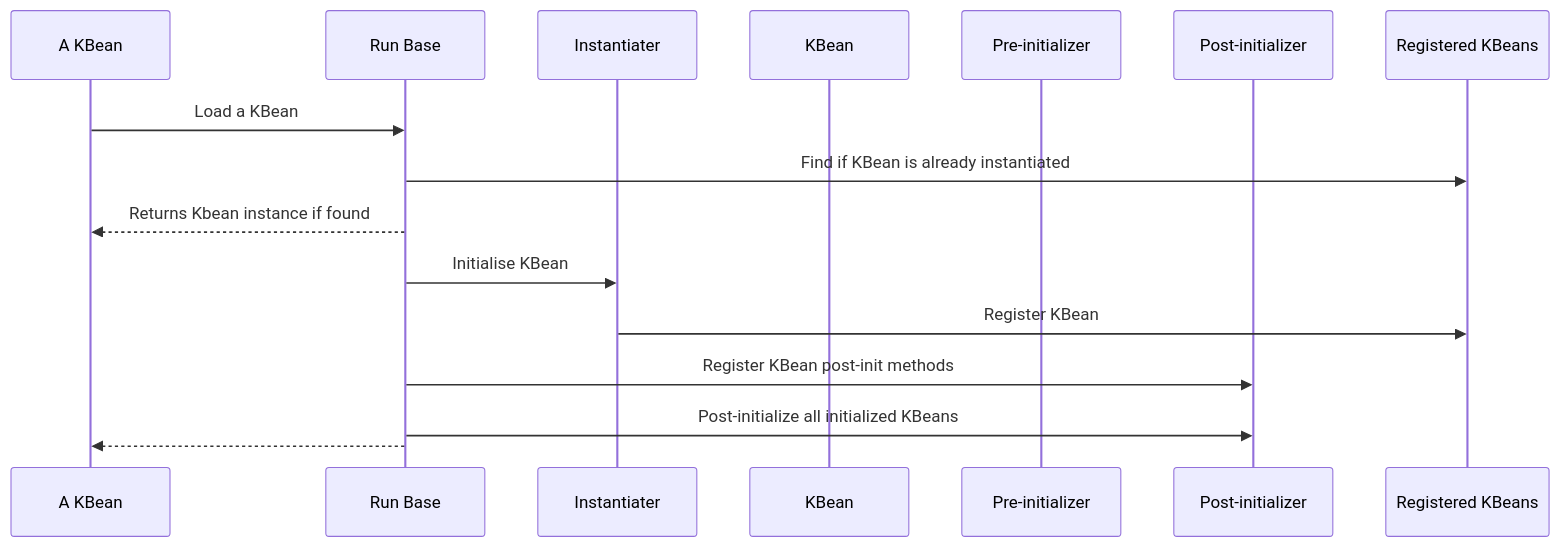
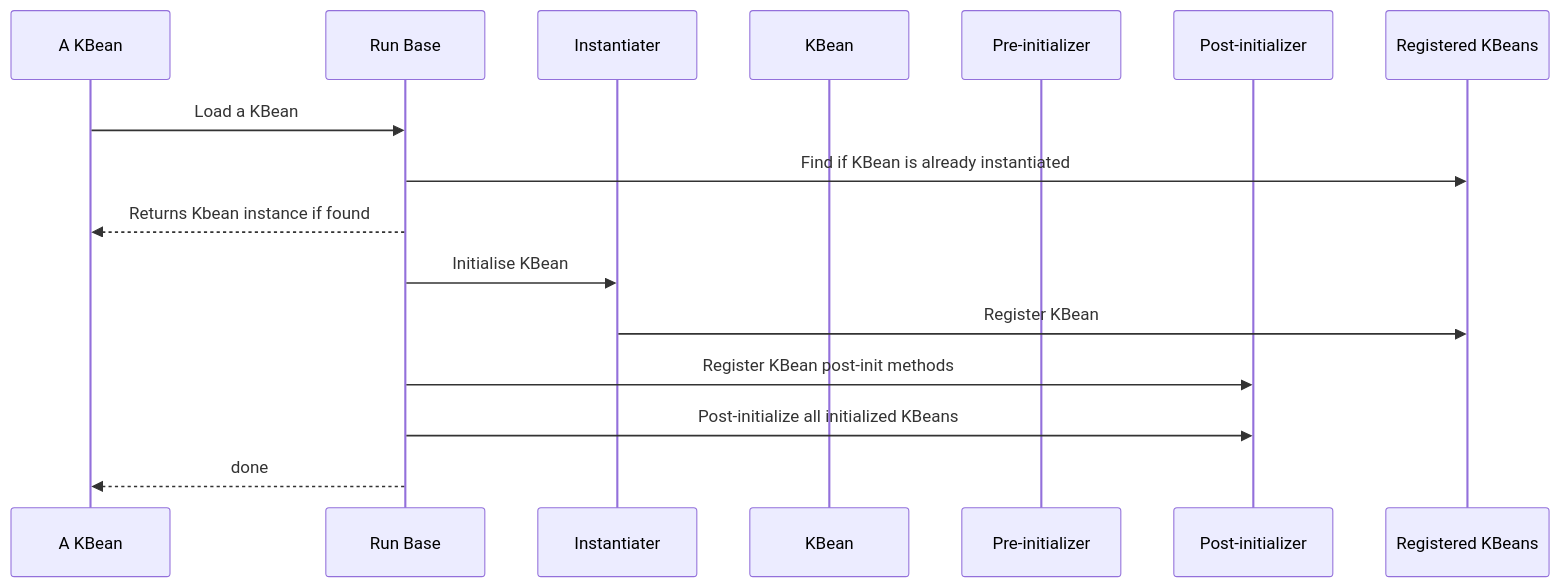
Before and after one commit to jeka-dev/jeka: the second of 3 diagrams in docs/reference/kbeans.md, drawn with Mermaid. The commit also changed other lines of this file and 50 other files, not shown here.

````diff
--- a/docs/reference/kbeans.md
+++ b/docs/reference/kbeans.md
@@ -453,19 +463,19 @@
 ```mermaid
 sequenceDiagram
     participant AK as A KBean
     participant RB as Run Base
     participant IT as Instantiater
     participant KB as KBean
     participant PR as Pre-initializer
     participant PO as Post-initializer
     participant RK as Registered KBeans
 
     AK->>RB:  Load a KBean 
     RB->>RK:  Find if KBean is already instantiated
     RB-->>AK:  Returns Kbean instance if found
     RB->>IT:  Initialise KBean
     IT->>RK:  Register KBean
     RB->>PO:  Register KBean post-init methods
     RB->>PO:  Post-initialize all initialized KBeans
-    RB-->>AK:  
+    RB-->>AK: done
 ```
````
